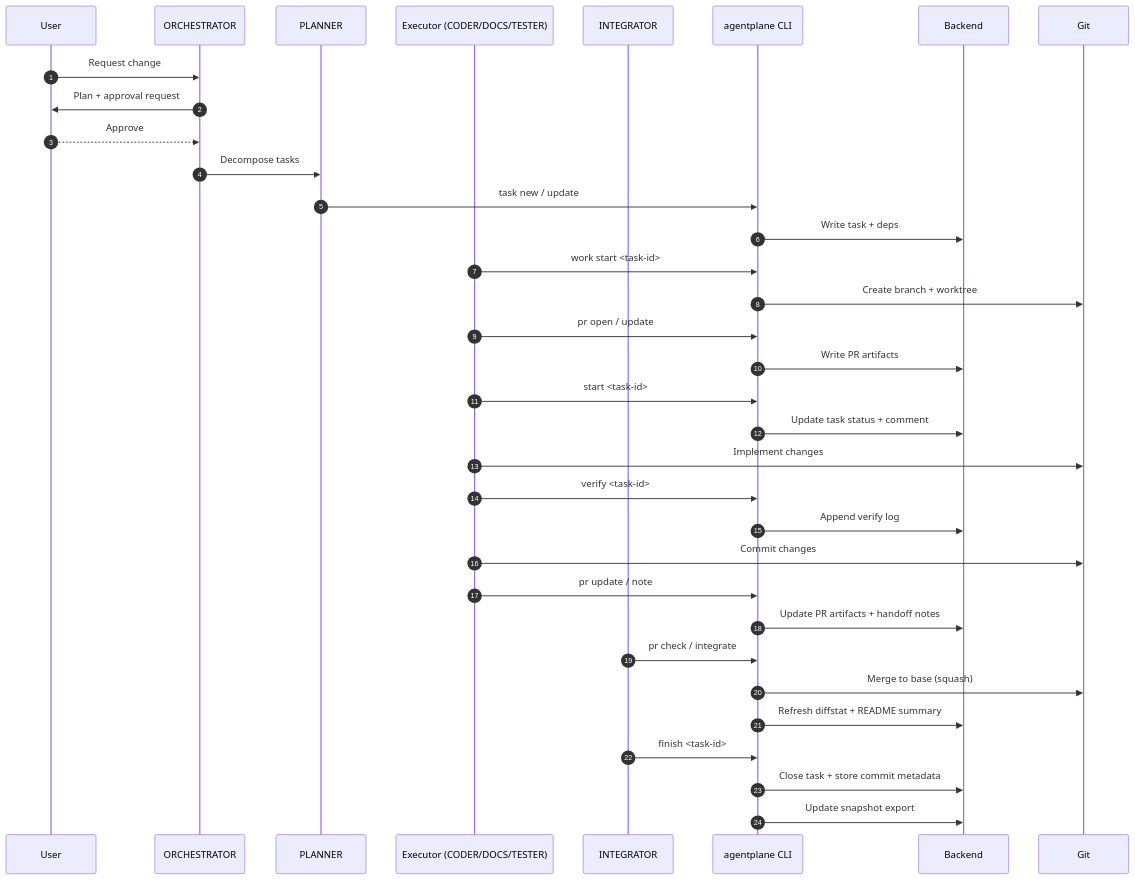
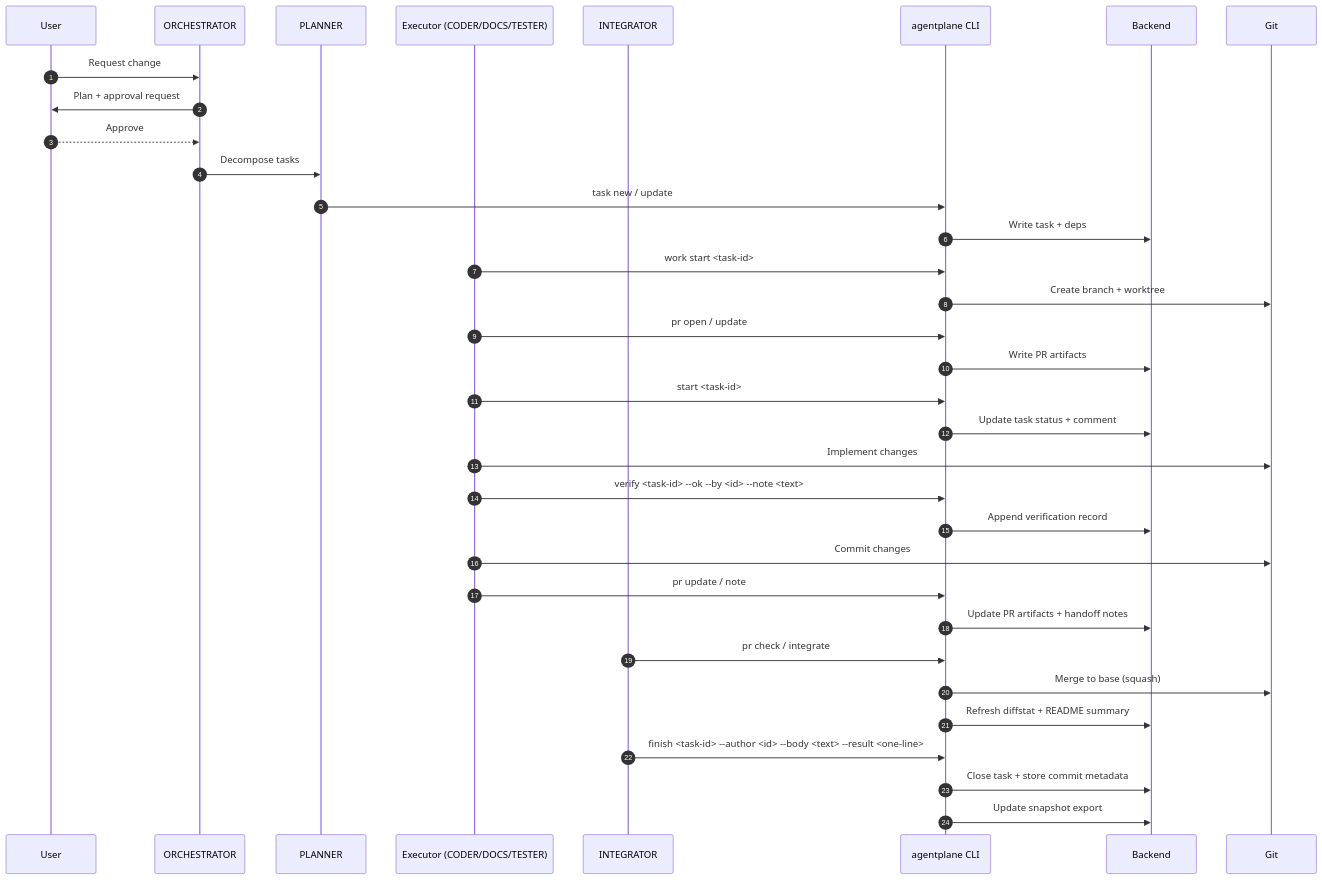
One commit to basilisk-labs/agentplane changed the third of 3 diagrams in docs/user/task-lifecycle.mdx. Above: the diagram before and after it, drawn with Mermaid. The commit also changed other lines of this file and 7 other files, not shown here.

````diff
--- a/docs/user/task-lifecycle.mdx
+++ b/docs/user/task-lifecycle.mdx
@@ -95,37 +95,37 @@
 ```mermaid
 sequenceDiagram
   autonumber
   participant U as User
   participant O as ORCHESTRATOR
   participant P as PLANNER
   participant E as Executor (CODER/DOCS/TESTER)
   participant I as INTEGRATOR
   participant CLI as agentplane CLI
   participant B as Backend
   participant G as Git
 
   U->>O: Request change
   O->>U: Plan + approval request
   U-->>O: Approve
   O->>P: Decompose tasks
   P->>CLI: task new / update
   CLI->>B: Write task + deps
   E->>CLI: work start <task-id>
   CLI->>G: Create branch + worktree
   E->>CLI: pr open / update
   CLI->>B: Write PR artifacts
   E->>CLI: start <task-id>
   CLI->>B: Update task status + comment
   E->>G: Implement changes
-  E->>CLI: verify <task-id>
-  CLI->>B: Append verify log
+  E->>CLI: verify <task-id> --ok --by <id> --note <text>
+  CLI->>B: Append verification record
   E->>G: Commit changes
   E->>CLI: pr update / note
   CLI->>B: Update PR artifacts + handoff notes
   I->>CLI: pr check / integrate
   CLI->>G: Merge to base (squash)
   CLI->>B: Refresh diffstat + README summary
-  I->>CLI: finish <task-id>
+  I->>CLI: finish <task-id> --author <id> --body <text> --result <one-line>
   CLI->>B: Close task + store commit metadata
   CLI->>B: Update snapshot export
 ```
````
